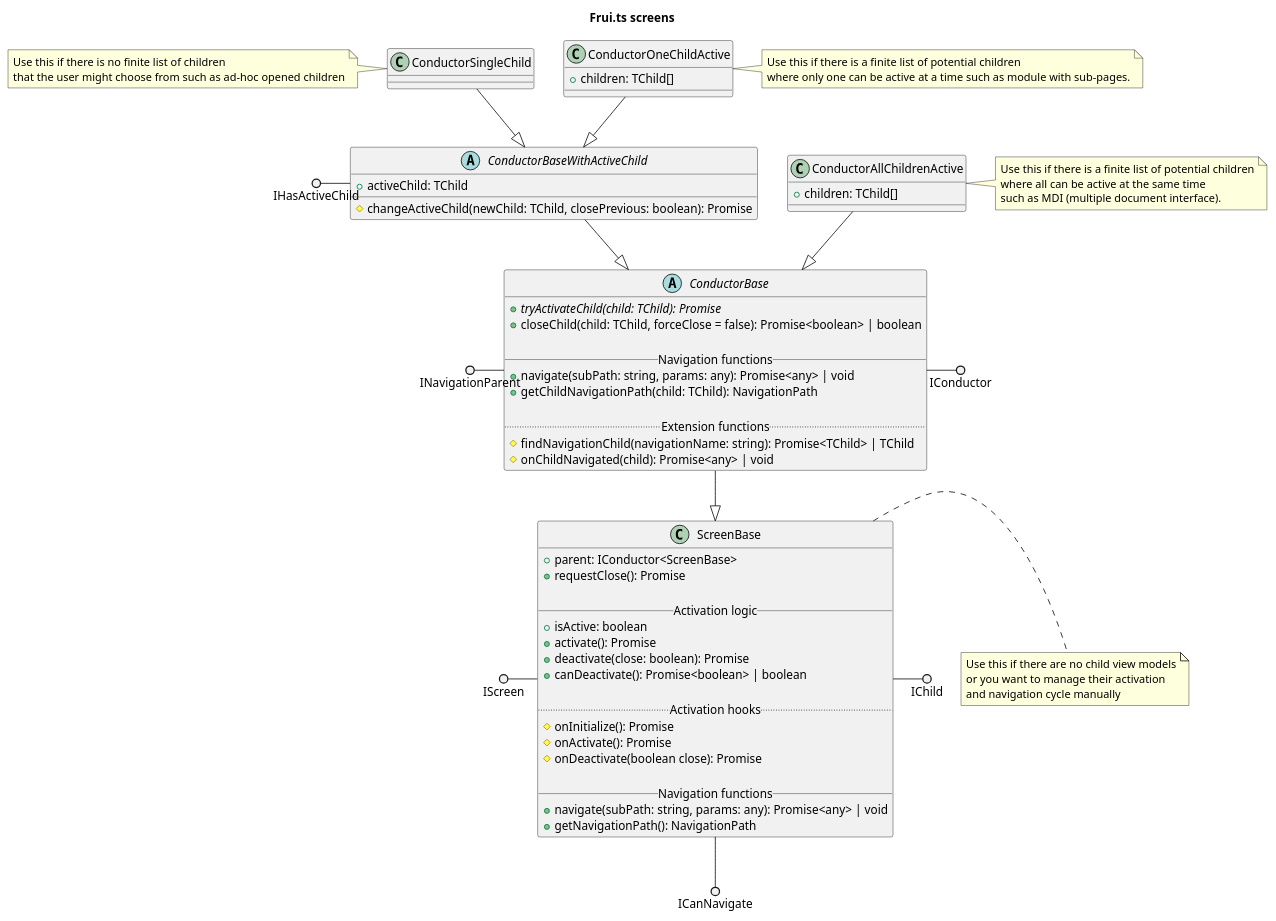
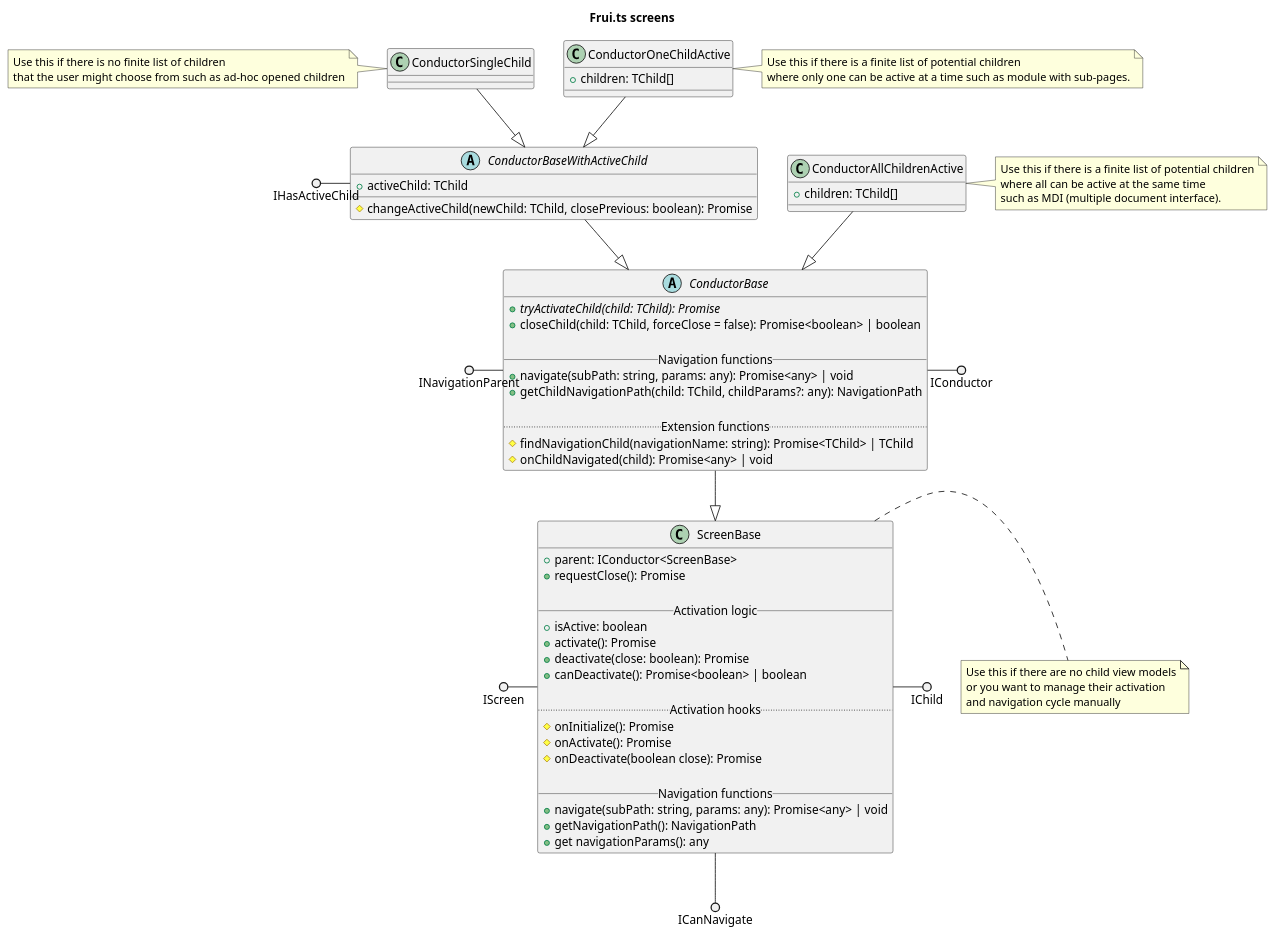
Before and after one commit to eManPrague/frui.ts: the diagram in packages/screens/classes.puml, drawn with PlantUML. The commit also changed 11 other files, not shown here.

```diff
--- a/packages/screens/classes.puml
+++ b/packages/screens/classes.puml
@@ -1,90 +1,91 @@
 @startuml
 
 title Frui.ts screens
 
 class ScreenBase {
   +parent: IConductor<ScreenBase>
   +requestClose(): Promise
 
   __ Activation logic __
   +isActive: boolean
   +activate(): Promise
   +deactivate(close: boolean): Promise
   +canDeactivate(): Promise<boolean> | boolean
 
   .. Activation hooks ..
   #onInitialize(): Promise
   #onActivate(): Promise
   #onDeactivate(boolean close): Promise
 
   __ Navigation functions __
   +navigate(subPath: string, params: any): Promise<any> | void
   +getNavigationPath(): NavigationPath
+  +get navigationParams(): any
 }
 note right
   Use this if there are no child view models
   or you want to manage their activation
   and navigation cycle manually
 end note
 
 IScreen ()- ScreenBase
 ScreenBase -() IChild
 ScreenBase -() ICanNavigate
 
 abstract class ConductorBase {
   {abstract} +tryActivateChild(child: TChild): Promise
   +closeChild(child: TChild, forceClose = false): Promise<boolean> | boolean
 
   __ Navigation functions __
   +navigate(subPath: string, params: any): Promise<any> | void
-  +getChildNavigationPath(child: TChild): NavigationPath
+  +getChildNavigationPath(child: TChild, childParams?: any): NavigationPath
 
   .. Extension functions ..
   #findNavigationChild(navigationName: string): Promise<TChild> | TChild
   #onChildNavigated(child): Promise<any> | void
 }
 
 ConductorBase --|> ScreenBase
 ConductorBase -() IConductor
 INavigationParent ()- ConductorBase
 
 abstract class ConductorBaseWithActiveChild {
   +activeChild: TChild
 
   #changeActiveChild(newChild: TChild, closePrevious: boolean): Promise
 }
 
 ConductorBaseWithActiveChild --|> ConductorBase
 IHasActiveChild ()- ConductorBaseWithActiveChild
 
 class ConductorSingleChild {
 }
 note left
   Use this if there is no finite list of children
   that the user might choose from such as ad-hoc opened children
 end note
 
 ConductorSingleChild --|> ConductorBaseWithActiveChild
 
 class ConductorOneChildActive {
   +children: TChild[]
 }
 note right
   Use this if there is a finite list of potential children
   where only one can be active at a time such as module with sub-pages.
 end note
 
 ConductorOneChildActive --|> ConductorBaseWithActiveChild
 
 class ConductorAllChildrenActive {
   +children: TChild[]
 }
 note right
   Use this if there is a finite list of potential children
   where all can be active at the same time
   such as MDI (multiple document interface).
 end note
 
 ConductorAllChildrenActive --|> ConductorBase
 
 @enduml
```
